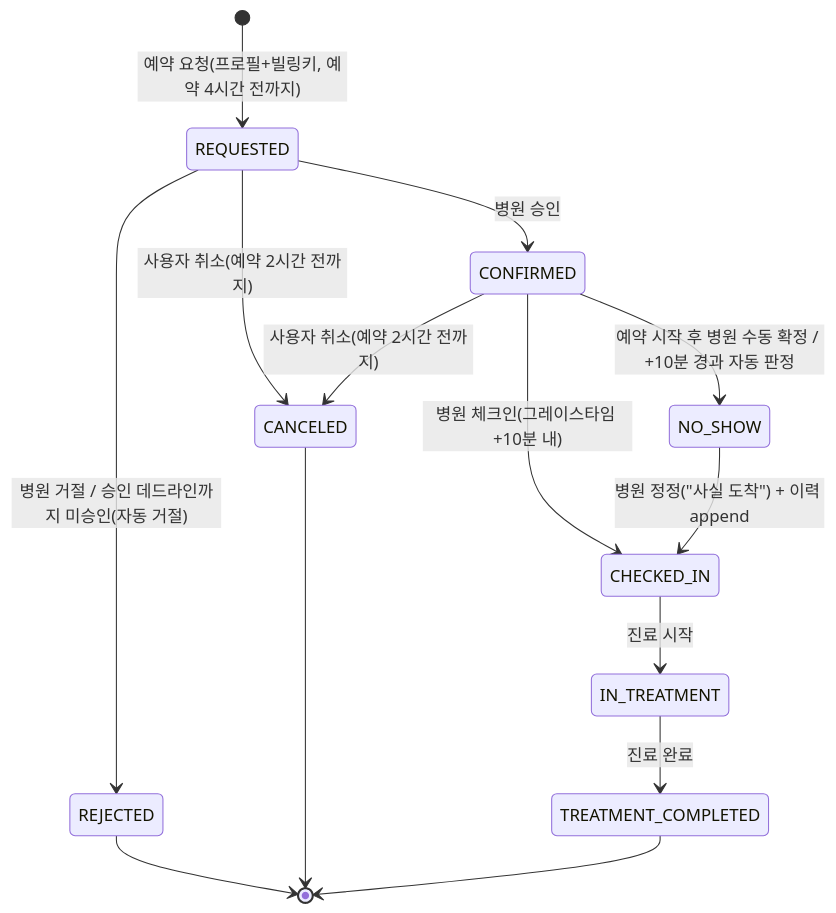
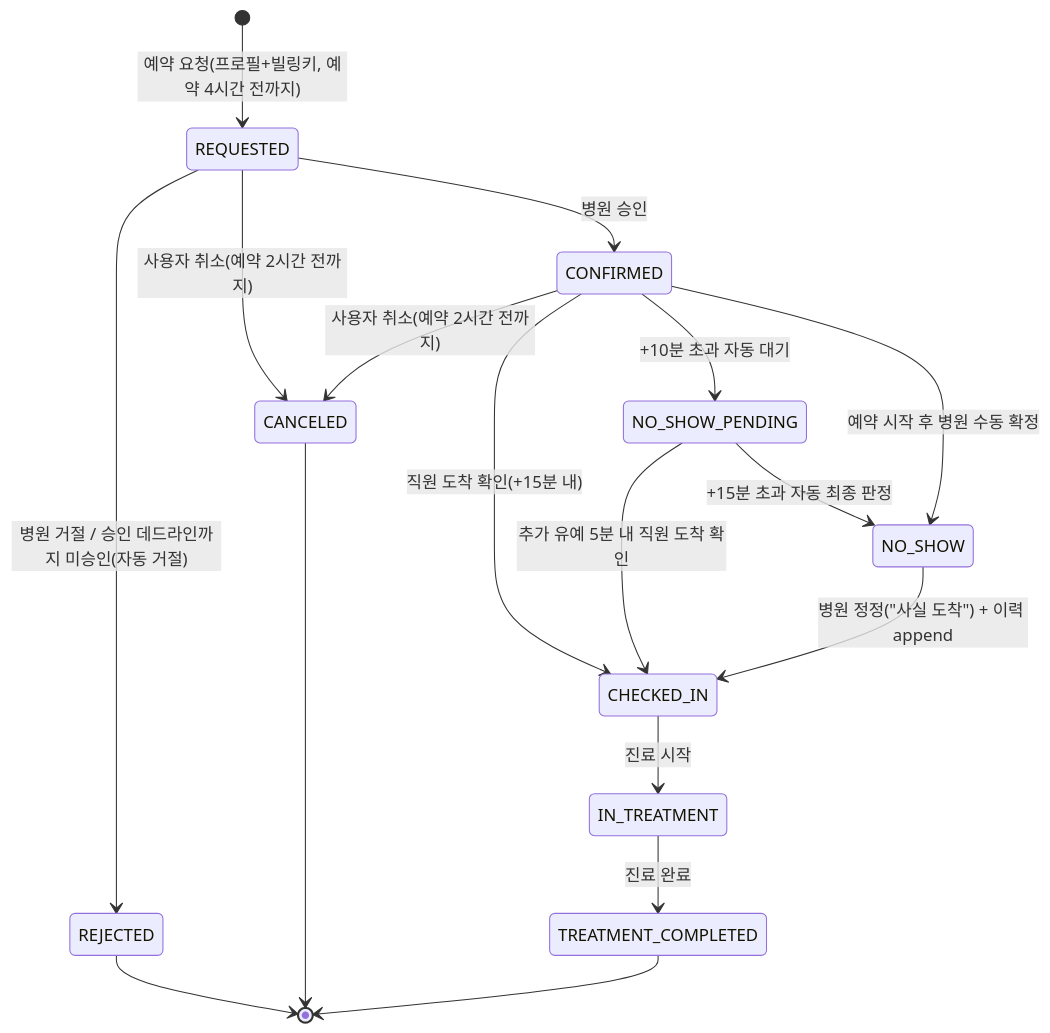
The second of 6 diagrams in docs/architecture/DoctorPet-SA.md (yyb0702-spec/DoctorPet), drawn with Mermaid before and after one commit. The commit also changed other lines of this file and 28 other files, not shown here.

````diff
--- a/docs/architecture/DoctorPet-SA.md
+++ b/docs/architecture/DoctorPet-SA.md
@@ -370,16 +371,19 @@
 ```mermaid
 stateDiagram-v2
     [*] --> REQUESTED : 예약 요청(프로필+빌링키, 예약 4시간 전까지)
     REQUESTED --> CONFIRMED : 병원 승인
     REQUESTED --> REJECTED : 병원 거절 / 승인 데드라인까지 미승인(자동 거절)
     REQUESTED --> CANCELED : 사용자 취소(예약 2시간 전까지)
-    CONFIRMED --> CHECKED_IN : 병원 체크인(그레이스타임 +10분 내)
+    CONFIRMED --> CHECKED_IN : 직원 도착 확인(+15분 내)
     CONFIRMED --> CANCELED : 사용자 취소(예약 2시간 전까지)
-    CONFIRMED --> NO_SHOW : 예약 시작 후 병원 수동 확정 / +10분 경과 자동 판정
+    CONFIRMED --> NO_SHOW_PENDING : +10분 초과 자동 대기
+    NO_SHOW_PENDING --> CHECKED_IN : 추가 유예 5분 내 직원 도착 확인
+    NO_SHOW_PENDING --> NO_SHOW : +15분 초과 자동 최종 판정
+    CONFIRMED --> NO_SHOW : 예약 시작 후 병원 수동 확정
     CHECKED_IN --> IN_TREATMENT : 진료 시작
     IN_TREATMENT --> TREATMENT_COMPLETED : 진료 완료
     NO_SHOW --> CHECKED_IN : 병원 정정("사실 도착") + 이력 append
     REJECTED --> [*]
     CANCELED --> [*]
     TREATMENT_COMPLETED --> [*]
 ```
````
